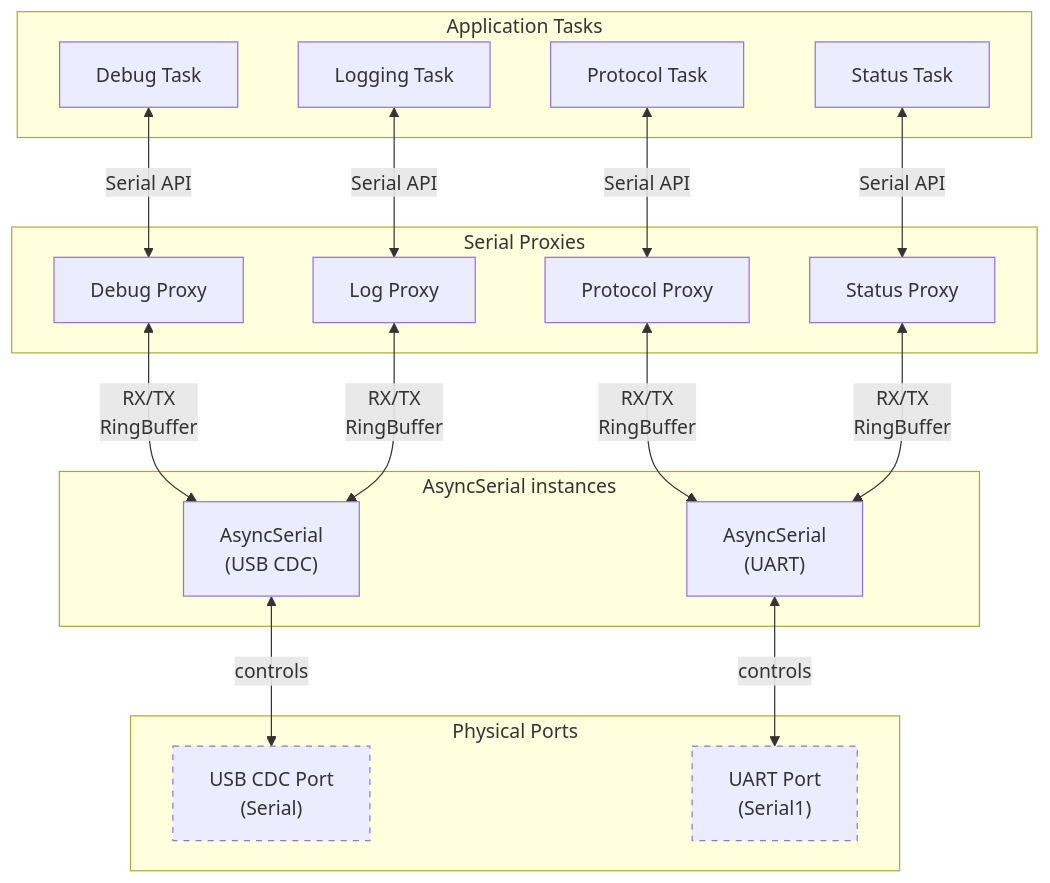
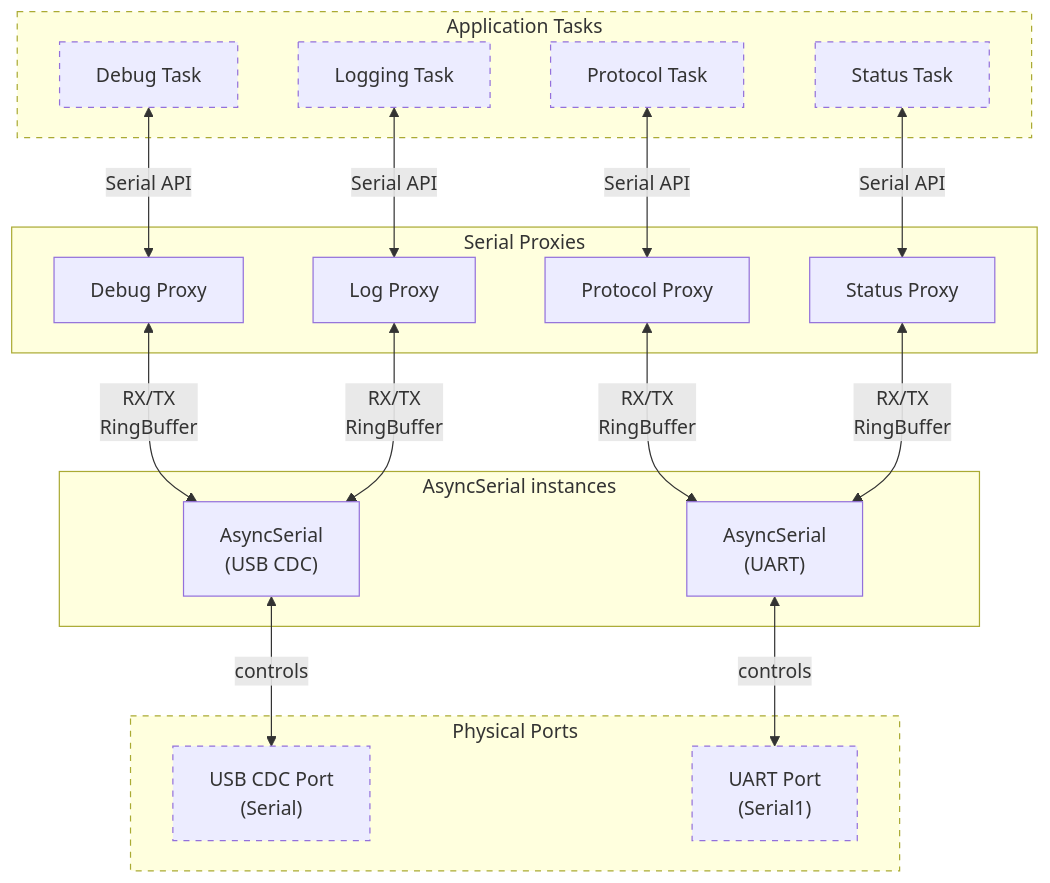
Before and after one commit to pierrejay/esp32-utilities: the diagram in AsyncSerial/README.md, drawn with Mermaid. The commit also changed 1 other file, not shown here.

Commit message:
Improve AsyncSerial: pointer checks & yield() in state machine + update doc

````diff
--- a/AsyncSerial/README.md
+++ b/AsyncSerial/README.md
@@ -82,50 +82,50 @@
 ```mermaid
 graph TB
     %% Application tasks/threads
-    subgraph "Application Tasks"
+    subgraph APP["Application Tasks"]
         T1["Debug Task"]
         T2["Protocol Task"]
         T3["Logging Task"]
         T4["Status Task"]
     end
 
     %% Proxies
     subgraph "Serial Proxies"
         P1["Debug Proxy<br>"]
         P2["Protocol Proxy<br>"]
         P3["Log Proxy<br>"]
         P4["Status Proxy<br>"]
     end
 
     %% AsyncSerial instances
-    subgraph "AsyncSerial instances"
+    subgraph ASS["AsyncSerial instances"]
         AS1["AsyncSerial<br>(USB CDC)"]
         AS2["AsyncSerial<br>(UART)"]
     end
 
     %% Physical ports
-    subgraph "Physical Ports"
+    subgraph PHY["Physical Ports"]
         CDC["USB CDC Port<br>(Serial)"]
         UART["UART Port<br>(Serial1)"]
     end
 
     %% Task to Proxy connections
     T1 <-->|"Serial API"| P1
     T2 <-->|"Serial API"| P2
     T3 <-->|"Serial API"| P3
     T4 <-->|"Serial API"| P4
 
     %% Proxy to AsyncSerial connections
-    P1 <-->|"RX/TX <br>RingBuffer"| AS1
-    P2 <-->|"RX/TX <br>RingBuffer"| AS2
-    P3 <-->|"RX/TX <br>RingBuffer"| AS1
-    P4 <-->|"RX/TX <br>RingBuffer"| AS2
+    P1 <-->|"RX/TX<br> RingBuffer"| AS1
+    P2 <-->|"RX/TX<br> RingBuffer"| AS2
+    P3 <-->|"RX/TX<br> RingBuffer"| AS1
+    P4 <-->|"RX/TX<br> RingBuffer"| AS2
 
     %% AsyncSerial to Physical Port connections
     AS1 <-->|"controls"| CDC
     AS2 <-->|"controls"| UART
 
     %% Add notes
     classDef note stroke-dasharray: 5 5
-    class CDC,UART note
+    class APP,PHY,CDC,UART,T1,T2,T3,T4 note
 ```
````
